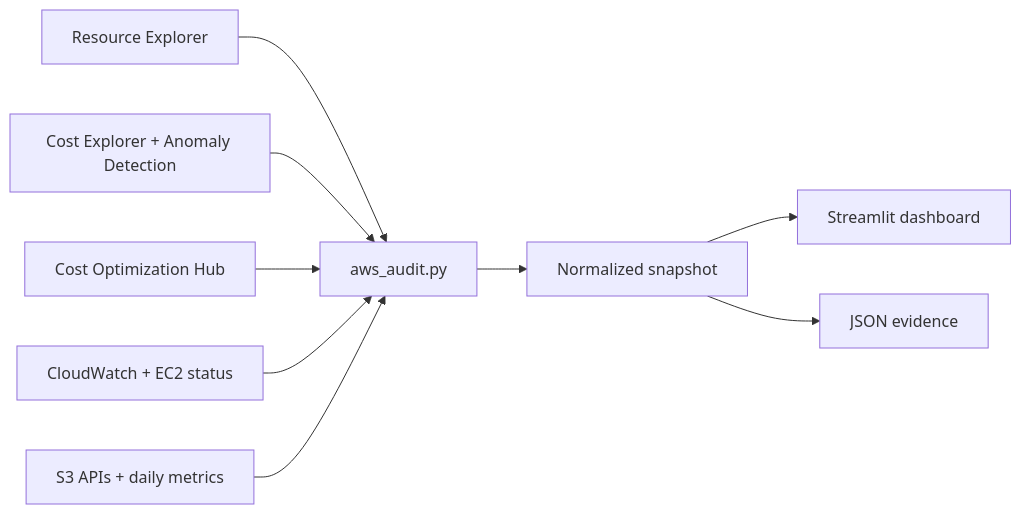
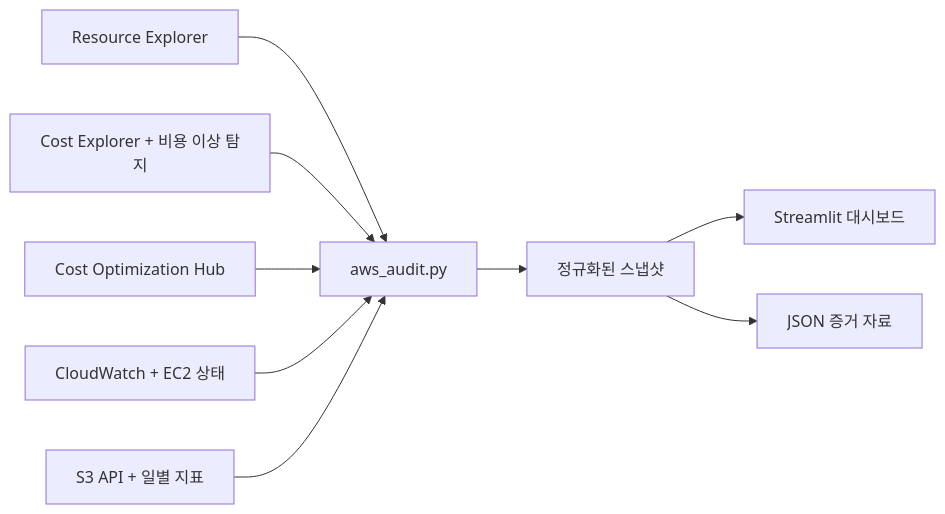
Before and after one commit to kevplaya/aws-tools: the diagram in docs/architecture.md, drawn with Mermaid. The commit also changed other lines of this file and 3 other files, not shown here.

First line of the commit message:
docs: translate architecture and S3 review to Korean

````diff
--- a/docs/architecture.md
+++ b/docs/architecture.md
@@ -7,11 +7,11 @@
 ```mermaid
 flowchart LR
     A["Resource Explorer"] --> F["aws_audit.py"]
-    B["Cost Explorer + Anomaly Detection"] --> F
+    B["Cost Explorer + 비용 이상 탐지"] --> F
     C["Cost Optimization Hub"] --> F
-    D["CloudWatch + EC2 status"] --> F
-    E["S3 APIs + daily metrics"] --> F
-    F --> G["Normalized snapshot"]
-    G --> H["Streamlit dashboard"]
-    G --> I["JSON evidence"]
+    D["CloudWatch + EC2 상태"] --> F
+    E["S3 API + 일별 지표"] --> F
+    F --> G["정규화된 스냅샷"]
+    G --> H["Streamlit 대시보드"]
+    G --> I["JSON 증거 자료"]
 ```
````
